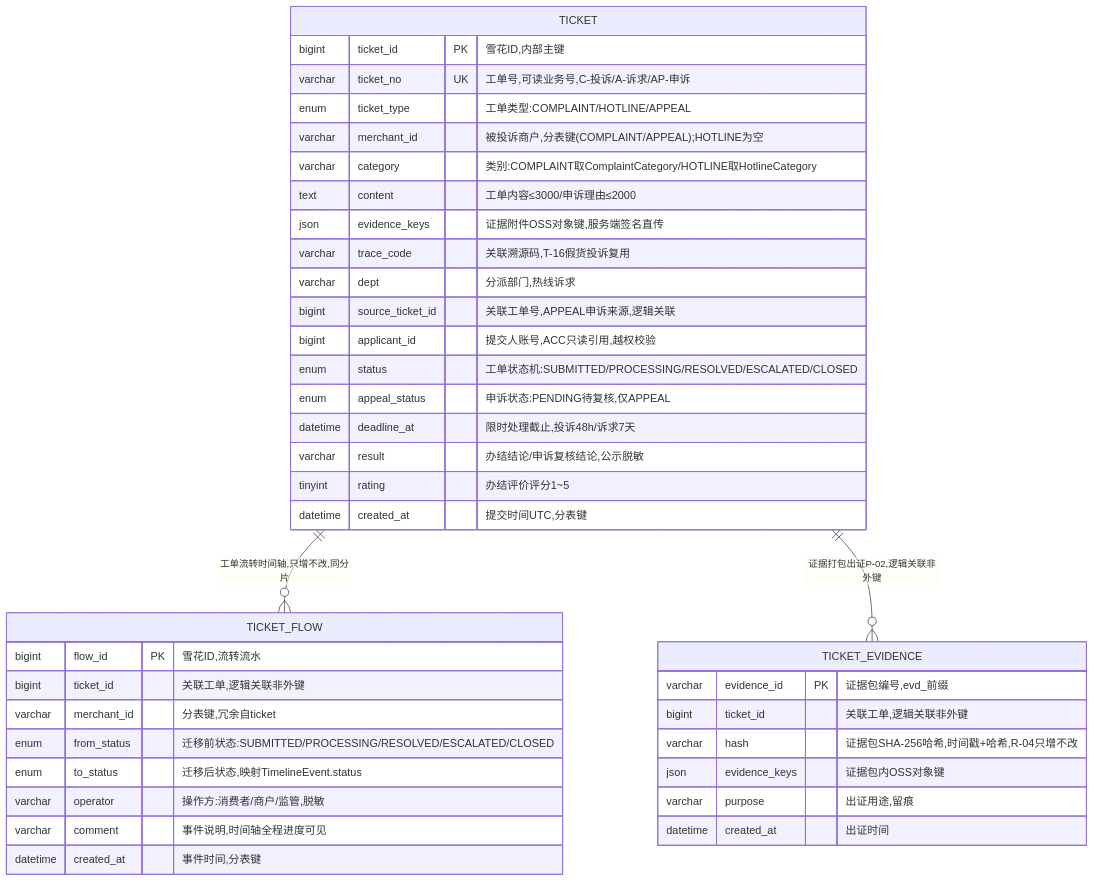
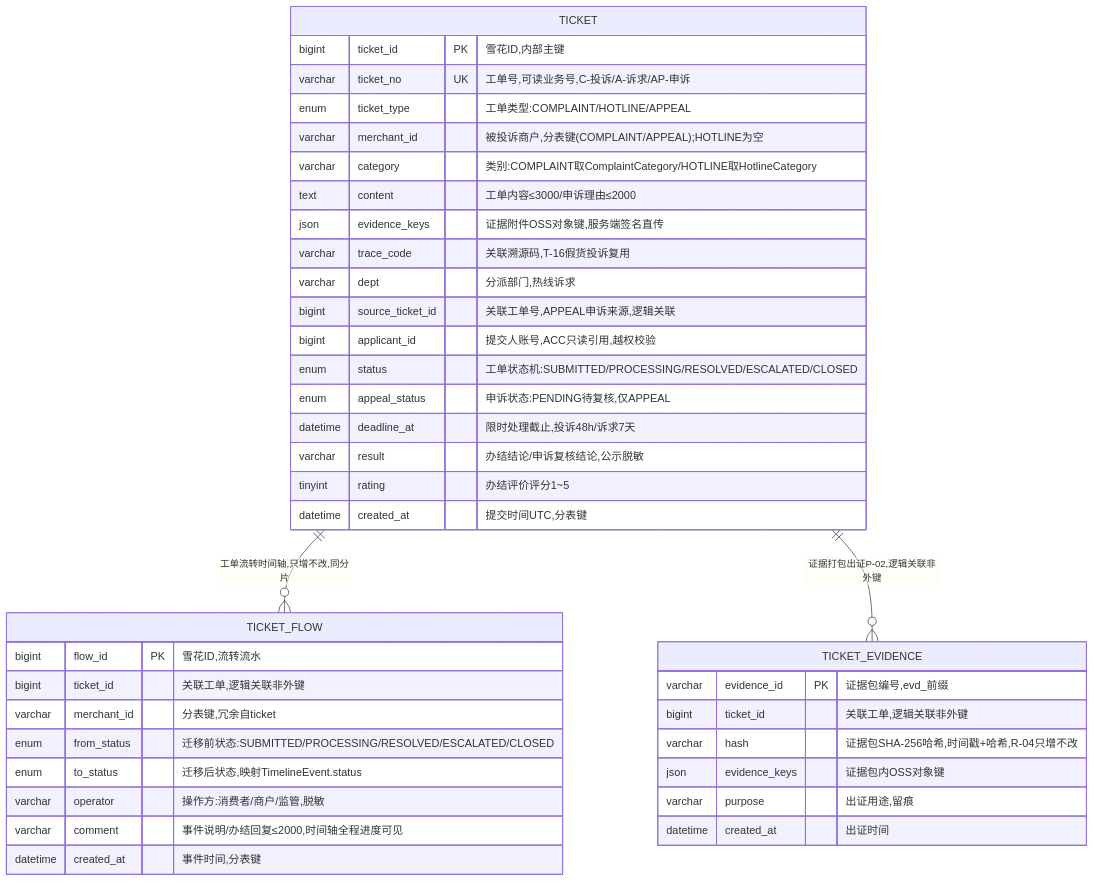
One commit to jzywm/Livelihood-Platform changed the diagram in services/ticket/docs/er.md. Above: the diagram before and after it, drawn with Mermaid. The commit also changed other lines of this file and 95 other files, not shown here.

````diff
--- a/services/ticket/docs/er.md
+++ b/services/ticket/docs/er.md
@@ -12,57 +12,57 @@
 ```mermaid
 erDiagram
     %% TICKET 工单域 ER 图 · 投诉直达 / 群众热线 / 恶意差评申诉 统一工单内核（D-02 / G-01 / G-03 / D-03 / T-16）
     %% 存储：共享主库 + ticket_ schema 前缀隔离；ticket / ticket_flow 按月分表（merchant_id + created_at，>18 月归档）
     %% 证据仅存 OSS 对象键；权威数据（实名/信用分/商户）经内部接口只读引用；出证存证哈希只增不改（R-04）
 
     TICKET {
         bigint ticket_id PK "雪花ID,内部主键"
         varchar ticket_no UK "工单号,可读业务号,C-投诉/A-诉求/AP-申诉"
         enum ticket_type "工单类型:COMPLAINT/HOTLINE/APPEAL"
         varchar merchant_id "被投诉商户,分表键(COMPLAINT/APPEAL);HOTLINE为空"
         varchar category "类别:COMPLAINT取ComplaintCategory/HOTLINE取HotlineCategory"
         text content "工单内容≤3000/申诉理由≤2000"
         json evidence_keys "证据附件OSS对象键,服务端签名直传"
         varchar trace_code "关联溯源码,T-16假货投诉复用"
         varchar dept "分派部门,热线诉求"
         bigint source_ticket_id "关联工单号,APPEAL申诉来源,逻辑关联"
         bigint applicant_id "提交人账号,ACC只读引用,越权校验"
         enum status "工单状态机:SUBMITTED/PROCESSING/RESOLVED/ESCALATED/CLOSED"
         enum appeal_status "申诉状态:PENDING待复核,仅APPEAL"
         datetime deadline_at "限时处理截止,投诉48h/诉求7天"
         varchar result "办结结论/申诉复核结论,公示脱敏"
         tinyint rating "办结评价评分1~5"
         datetime created_at "提交时间UTC,分表键"
     }
 
     TICKET_FLOW {
         bigint flow_id PK "雪花ID,流转流水"
         bigint ticket_id "关联工单,逻辑关联非外键"
         varchar merchant_id "分表键,冗余自ticket"
         enum from_status "迁移前状态:SUBMITTED/PROCESSING/RESOLVED/ESCALATED/CLOSED"
         enum to_status "迁移后状态,映射TimelineEvent.status"
         varchar operator "操作方:消费者/商户/监管,脱敏"
-        varchar comment "事件说明,时间轴全程进度可见"
+        varchar comment "事件说明/办结回复≤2000,时间轴全程进度可见"
         datetime created_at "事件时间,分表键"
     }
 
     TICKET_EVIDENCE {
         varchar evidence_id PK "证据包编号,evd_前缀"
         bigint ticket_id "关联工单,逻辑关联非外键"
         varchar hash "证据包SHA-256哈希,时间戳+哈希,R-04只增不改"
         json evidence_keys "证据包内OSS对象键"
         varchar purpose "出证用途,留痕"
         datetime created_at "出证时间"
     }
 
     TICKET ||--o{ TICKET_FLOW : "工单流转时间轴,只增不改,同分片"
     TICKET ||--o{ TICKET_EVIDENCE : "证据打包出证P-02,逻辑关联非外键"
 
     %% 外部逻辑关联（经内部接口 / 事件 / MQ / JOB，非外键）：
     %% 1) TICKET 办结 → 评分事件上报 CRED(/cred/score/events,投诉计入商户信用)；
     %% 2) MINOR_ENTRY 举报 → 上报 DASH(A-08 违规入场高频举报聚合,人工复核后推送)；
     %% 3) 超时升级/催办 → 定时 JOB + MQ（分布式锁防重复扫描）；优秀建议/高频诉求 → 转 CIVIC G-02 建议论坛；
     %% 4) 证据附件 OSS 服务端签名直传，仅存对象键（不存媒体原文）；
     %% 5) merchant_id 引用 CRED（商户唯一权威）、applicant_id 引用 ACC（账号唯一权威）——只读引用 + 事件同步，权威单一来源；
     %% 6) APPEAL 申诉经 source_ticket_id 逻辑关联投诉/差评来源工单（非外键）。
 ```
````
